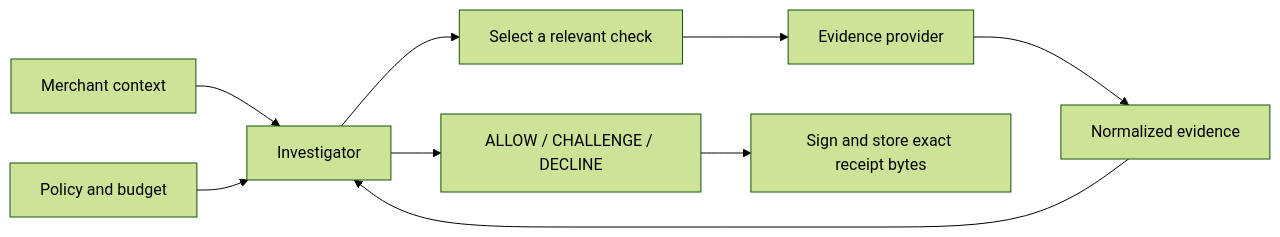
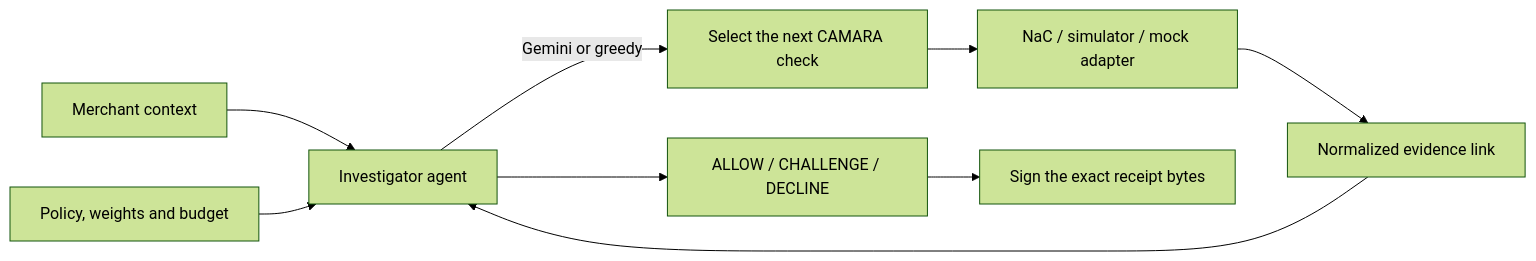
The diagram in README.md (AhmadShadeed32/isnad), drawn with Mermaid (forest theme) before and after one commit. The commit also changed other lines of this file and 25 other files, not shown here.

````diff
--- a/README.md
+++ b/README.md
@@ -117,11 +185,11 @@
 ```mermaid
 flowchart LR
-    Context[Merchant context] --> Investigator[Investigator]
-    Policy[Policy and budget] --> Investigator
-    Investigator --> Check[Select a relevant check]
-    Check --> Provider[Evidence provider]
-    Provider --> Facts[Normalized evidence]
+    Context[Merchant context] --> Investigator[Investigator agent]
+    Policy[Policy, weights and budget] --> Investigator
+    Investigator -->|Gemini or greedy| Check[Select the next CAMARA check]
+    Check --> Provider[NaC / simulator / mock adapter]
+    Provider --> Facts[Normalized evidence link]
     Facts --> Investigator
     Investigator --> Decision[ALLOW / CHALLENGE / DECLINE]
-    Decision --> Vault[Sign and store exact receipt bytes]
+    Decision --> Vault[Sign the exact receipt bytes]
 ```
````
